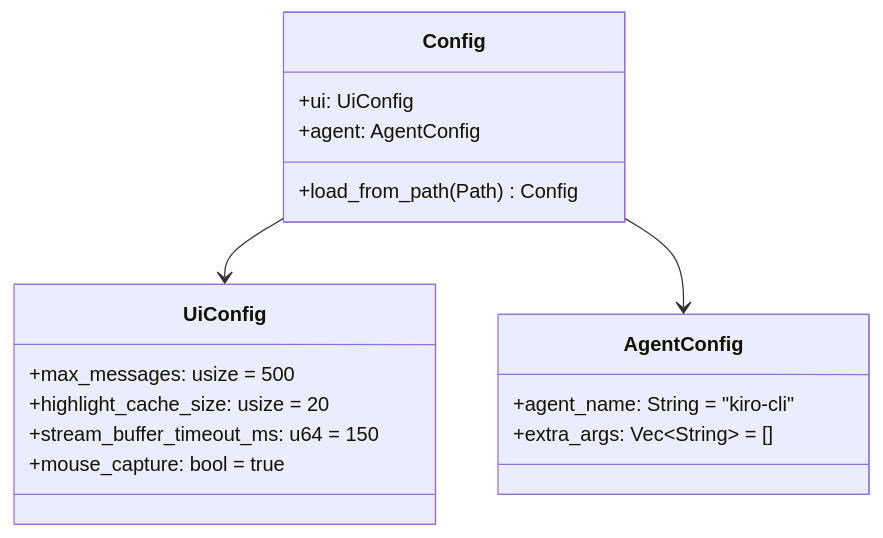
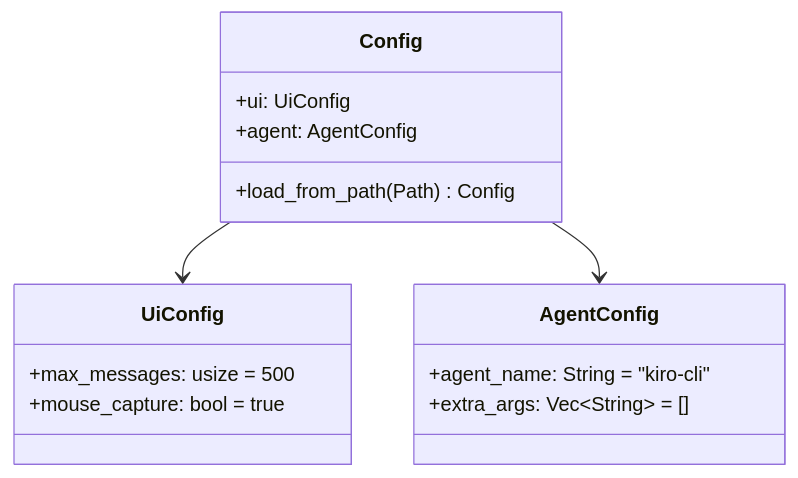
One commit to dwalleck/cyril changed the eighth of 12 diagrams in .agents/summary/data_models.md. Above: the diagram before and after it, drawn with Mermaid. The commit also changed 3 other files, not shown here.

````diff
--- a/.agents/summary/data_models.md
+++ b/.agents/summary/data_models.md
@@ -245,23 +245,21 @@
 ```mermaid
 classDiagram
     class Config {
         +ui: UiConfig
         +agent: AgentConfig
         +load_from_path(Path) Config
     }
 
     class UiConfig {
         +max_messages: usize = 500
-        +highlight_cache_size: usize = 20
-        +stream_buffer_timeout_ms: u64 = 150
         +mouse_capture: bool = true
     }
 
     class AgentConfig {
         +agent_name: String = "kiro-cli"
         +extra_args: Vec~String~ = []
     }
 
     Config --> UiConfig
     Config --> AgentConfig
 ```
````
